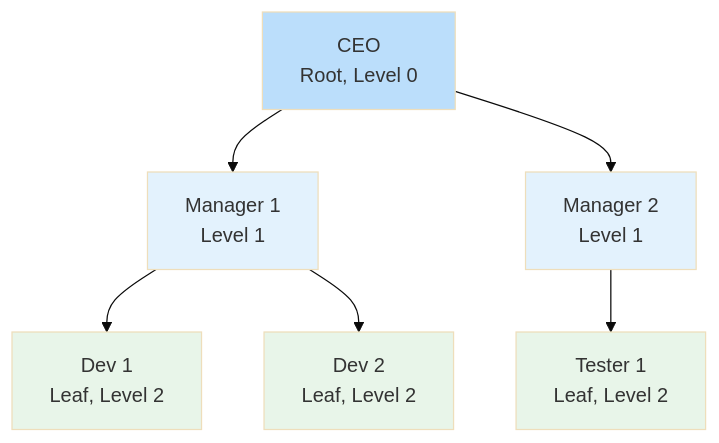
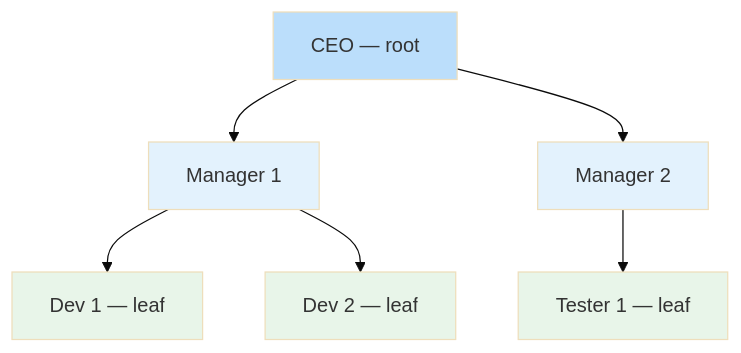
Before and after one commit to su-ntu-sctp/ai-3.5-data-structures-and-algorithms-p2: the second of 3 diagrams in lesson.md, drawn with Mermaid (base theme). The commit also changed other lines of this file and 1 other file, not shown here.

````diff
--- a/lesson.md
+++ b/lesson.md
@@ -386,22 +323,22 @@
 ```mermaid
 graph TD
-    CEO[CEO<br/>Root, Level 0]
-    M1[Manager 1<br/>Level 1]
-    M2[Manager 2<br/>Level 1]
-    D1[Dev 1<br/>Leaf, Level 2]
-    D2[Dev 2<br/>Leaf, Level 2]
-    T1[Tester 1<br/>Leaf, Level 2]
+    CEO["CEO — root"]
+    M1["Manager 1"]
+    M2["Manager 2"]
+    D1["Dev 1 — leaf"]
+    D2["Dev 2 — leaf"]
+    T1["Tester 1 — leaf"]
 
     CEO --> M1
     CEO --> M2
     M1 --> D1
     M1 --> D2
     M2 --> T1
 
     style CEO fill:#bbdefb
     style M1 fill:#e3f2fd
     style M2 fill:#e3f2fd
     style D1 fill:#e8f5e9
     style D2 fill:#e8f5e9
     style T1 fill:#e8f5e9
 ```
````
